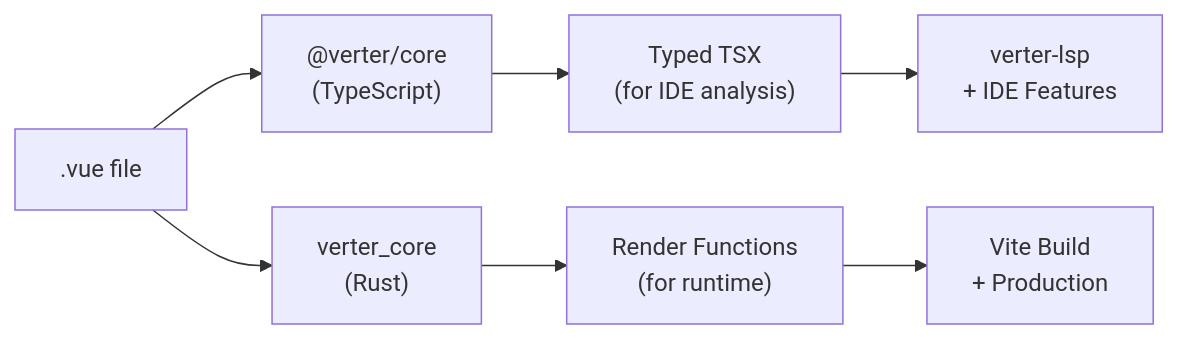
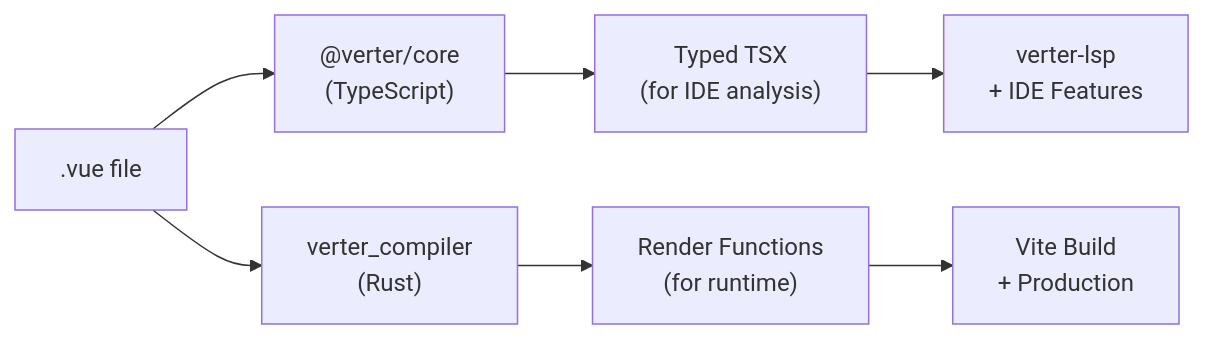
Before and after one commit to pikax/verter: the second of 2 diagrams in docs/guide/index.md, drawn with Mermaid. The commit also changed other lines of this file and 29 other files, not shown here.

````diff
--- a/docs/guide/index.md
+++ b/docs/guide/index.md
@@ -82,9 +82,9 @@
 ```mermaid
 flowchart LR
     SFC[".vue file"] --> TSCore["@verter/core<br/>(TypeScript)"]
-    SFC --> RustCompiler["verter_core<br/>(Rust)"]
+    SFC --> RustCompiler["verter_compiler<br/>(Rust)"]
     TSCore --> TSX["Typed TSX<br/>(for IDE analysis)"]
     RustCompiler --> Render["Render Functions<br/>(for runtime)"]
     TSX --> LSP["verter-lsp<br/>+ IDE Features"]
     Render --> Vite["Vite Build<br/>+ Production"]
 ```
````
